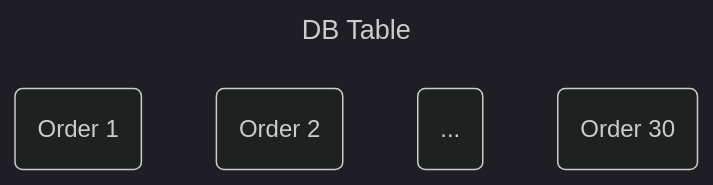
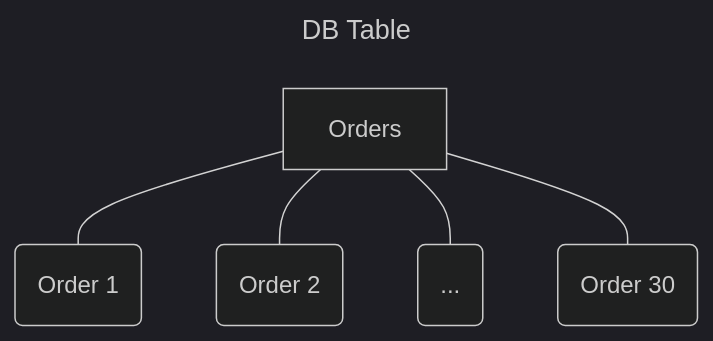
One commit to minvws/nl-kat-coordination changed the fourth of 4 diagrams in octopoes/docs/diagrams.md. Above: the diagram before and after it, drawn with Mermaid (dark theme).

Commit message:
docs(octopoes): diagrams

````diff
--- a/octopoes/docs/diagrams.md
+++ b/octopoes/docs/diagrams.md
@@ -65,10 +65,15 @@
 ```mermaid
 ---
 title: DB Table
 ---
-flowchart TB
-      A("Order 1")
-      B("Order 2")
-      C("...")
-      D("Order 30")
+graph TB
+    A("Order 1")
+    B("Order 2")
+    C("...")
+    D("Order 30")
+    
+    Orders --- A
+    Orders --- B
+    Orders --- C
+    Orders --- D
 ```
````
